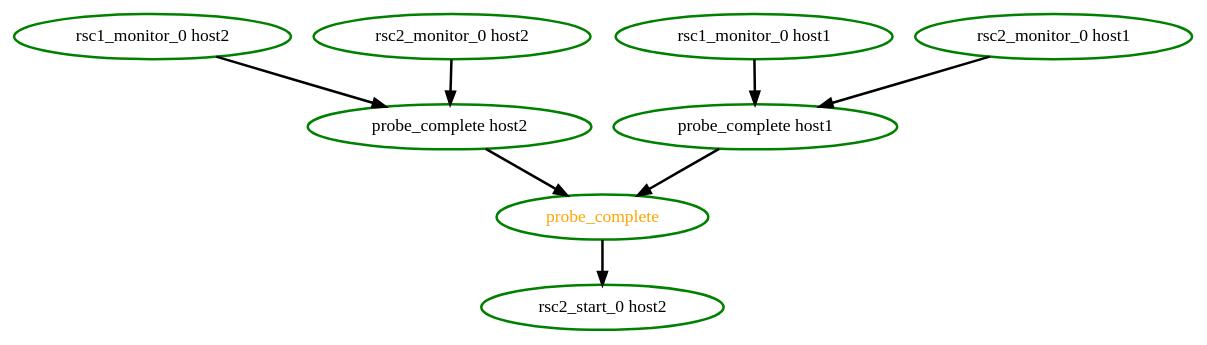
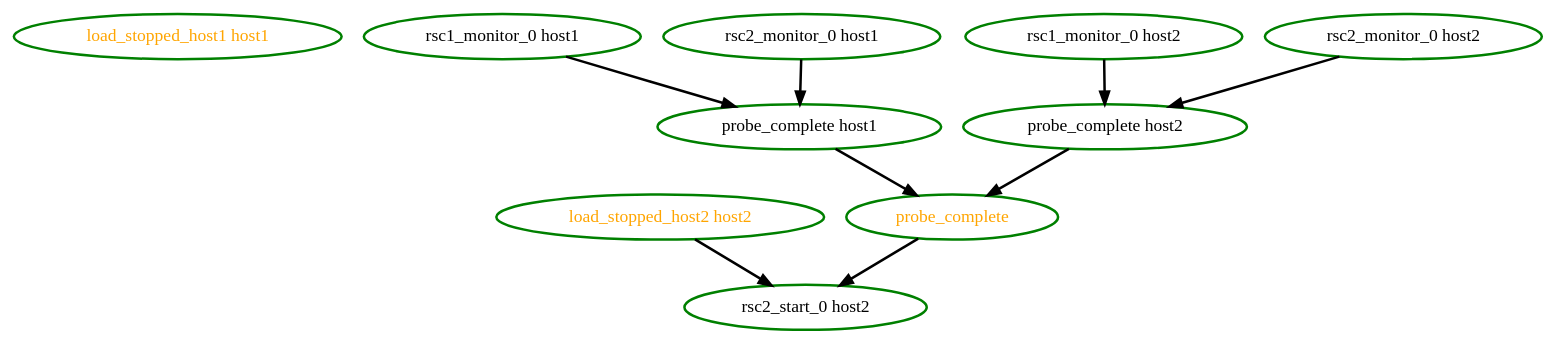
One commit to ClusterLabs/pacemaker changed the diagram in pengine/test10/utilization.dot. Above: the diagram before and after it, drawn with Graphviz. The commit also changed 5 other files, not shown here.

```diff
--- a/pengine/test10/utilization.dot
+++ b/pengine/test10/utilization.dot
@@ -1,17 +1,20 @@
 digraph "g" {
+"load_stopped_host1 host1" [ style=bold color="green" fontcolor="orange"  ]
+"load_stopped_host2 host2" -> "rsc2_start_0 host2" [ style = bold]
+"load_stopped_host2 host2" [ style=bold color="green" fontcolor="orange"  ]
 "probe_complete host1" -> "probe_complete" [ style = bold]
 "probe_complete host1" [ style=bold color="green" fontcolor="black"  ]
 "probe_complete host2" -> "probe_complete" [ style = bold]
 "probe_complete host2" [ style=bold color="green" fontcolor="black"  ]
 "probe_complete" -> "rsc2_start_0 host2" [ style = bold]
 "probe_complete" [ style=bold color="green" fontcolor="orange"  ]
 "rsc1_monitor_0 host1" -> "probe_complete host1" [ style = bold]
 "rsc1_monitor_0 host1" [ style=bold color="green" fontcolor="black"  ]
 "rsc1_monitor_0 host2" -> "probe_complete host2" [ style = bold]
 "rsc1_monitor_0 host2" [ style=bold color="green" fontcolor="black"  ]
 "rsc2_monitor_0 host1" -> "probe_complete host1" [ style = bold]
 "rsc2_monitor_0 host1" [ style=bold color="green" fontcolor="black"  ]
 "rsc2_monitor_0 host2" -> "probe_complete host2" [ style = bold]
 "rsc2_monitor_0 host2" [ style=bold color="green" fontcolor="black"  ]
 "rsc2_start_0 host2" [ style=bold color="green" fontcolor="black"  ]
 }
```
